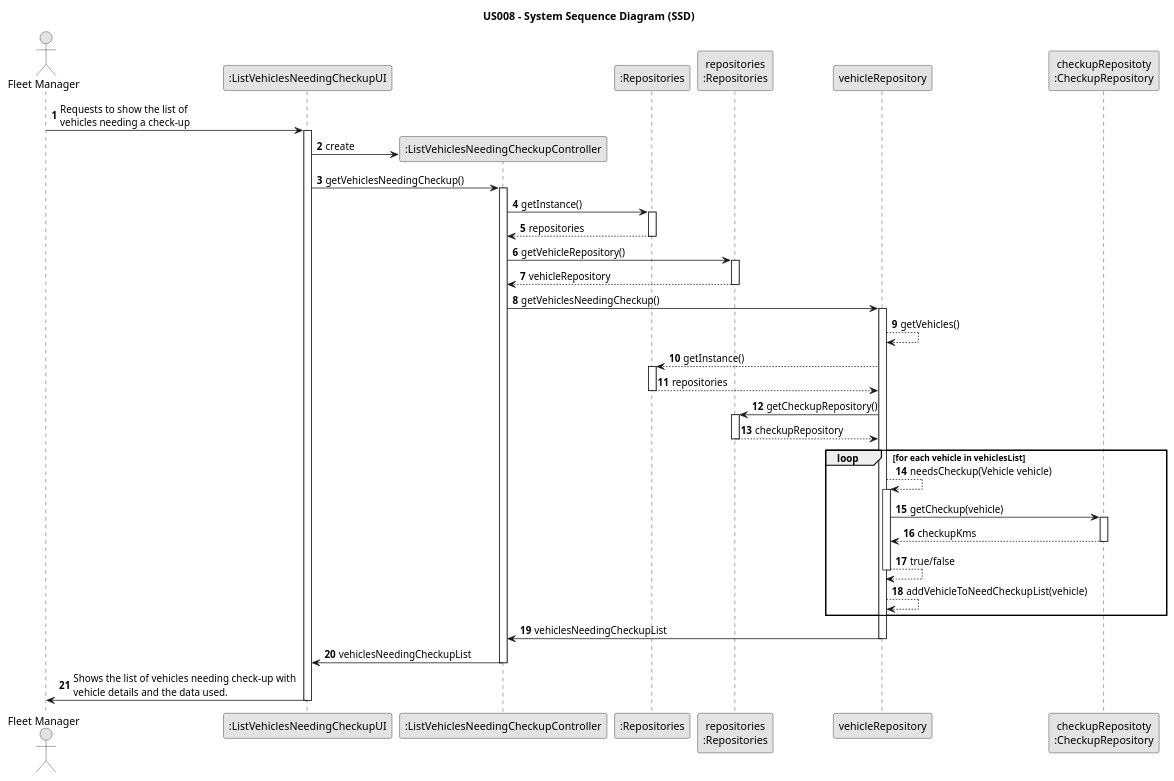
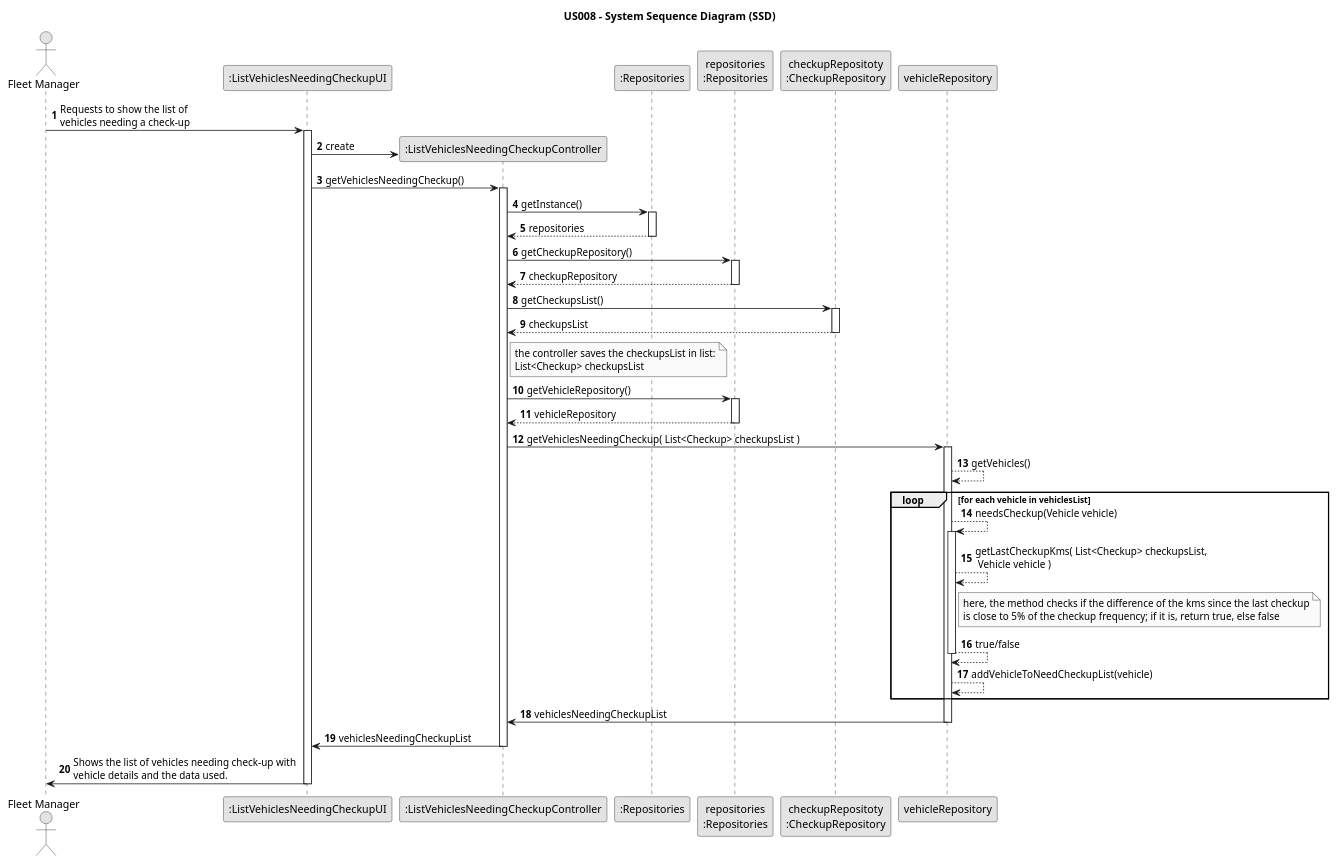
One commit to Rui-San/LAPR2_2023_2024 changed the diagram in docs/sprintB/us008/03.design/puml/us008-sequence-diagram.puml. Above: the diagram before and after it, drawn with PlantUML.

Commit message:
Fixed repository connections

```diff
--- a/docs/sprintB/us008/03.design/puml/us008-sequence-diagram.puml
+++ b/docs/sprintB/us008/03.design/puml/us008-sequence-diagram.puml
@@ -1,72 +1,82 @@
 @startuml
 skinparam monochrome true
 skinparam packageStyle rectangle
 skinparam shadowing false
 
 title US008 - System Sequence Diagram (SSD)
 
 autonumber
 
 actor "Fleet Manager" as Employee
 participant ":ListVehiclesNeedingCheckupUI" as UI
 participant ":ListVehiclesNeedingCheckupController" as CTRL
 participant ":Repositories" as Repos
 participant "repositories\n:Repositories" as PLAT
+participant "checkupRepositoty\n:CheckupRepository" as CheckupRepo
 participant "vehicleRepository" as VRepo
-participant "checkupRepositoty\n:CheckupRepository" as CheckupRepo
 
     Employee -> UI : Requests to show the list of \nvehicles needing a check-up
     activate UI
 
         UI -> CTRL** : create
         UI -> CTRL : getVehiclesNeedingCheckup()
         activate CTRL
 
             CTRL -> Repos : getInstance()
             activate Repos
 
                 Repos --> CTRL : repositories
             deactivate Repos
+
+            CTRL -> PLAT : getCheckupRepository()
+            activate PLAT
+
+                PLAT --> CTRL : checkupRepository
+            deactivate PLAT
+
+            CTRL -> CheckupRepo : getCheckupsList()
+            activate CheckupRepo
+
+                CheckupRepo --> CTRL : checkupsList
+            deactivate CheckupRepo
+
+            note right of CTRL
+                the controller saves the checkupsList in list:
+                List<Checkup> checkupsList
+            end note
+
+
             CTRL -> PLAT : getVehicleRepository()
             activate PLAT
 
                 PLAT --> CTRL : vehicleRepository
             deactivate PLAT
 
-            CTRL-> VRepo : getVehiclesNeedingCheckup()
+            CTRL-> VRepo : getVehiclesNeedingCheckup( List<Checkup> checkupsList )
             activate VRepo
 
                 VRepo --> VRepo : getVehicles()
-                VRepo --> Repos : getInstance()
-                activate Repos
 
-                    Repos --> VRepo : repositories
-                deactivate Repos
-                VRepo -> PLAT : getCheckupRepository()
-                activate PLAT
-
-                    PLAT --> VRepo : checkupRepository
-                deactivate PLAT
                 loop for each vehicle in vehiclesList
                     VRepo --> VRepo : needsCheckup(Vehicle vehicle)
                     activate VRepo
 
-                        VRepo -> CheckupRepo : getCheckup(vehicle)
-                        activate CheckupRepo
-
-                            CheckupRepo --> VRepo : checkupKms
-                        deactivate CheckupRepo
-                    VRepo --> VRepo : true/false
+                        VRepo --> VRepo : getLastCheckupKms( List<Checkup> checkupsList,\n Vehicle vehicle )
+                        note right of VRepo
+                            here, the method checks if the difference of the kms since the last checkup
+                            is close to 5% of the checkup frequency; if it is, return true, else false
+                        end note
+                        VRepo --> VRepo : true/false
                     deactivate VRepo
                     VRepo --> VRepo : addVehicleToNeedCheckupList(vehicle)
                 end loop
                 VRepo -> CTRL : vehiclesNeedingCheckupList
             deactivate VRepo
             CTRL -> UI : vehiclesNeedingCheckupList
         deactivate CTRL
 
         UI -> Employee : Shows the list of vehicles needing check-up with \nvehicle details and the data used.
 
     deactivate UI
 
 @enduml
```
